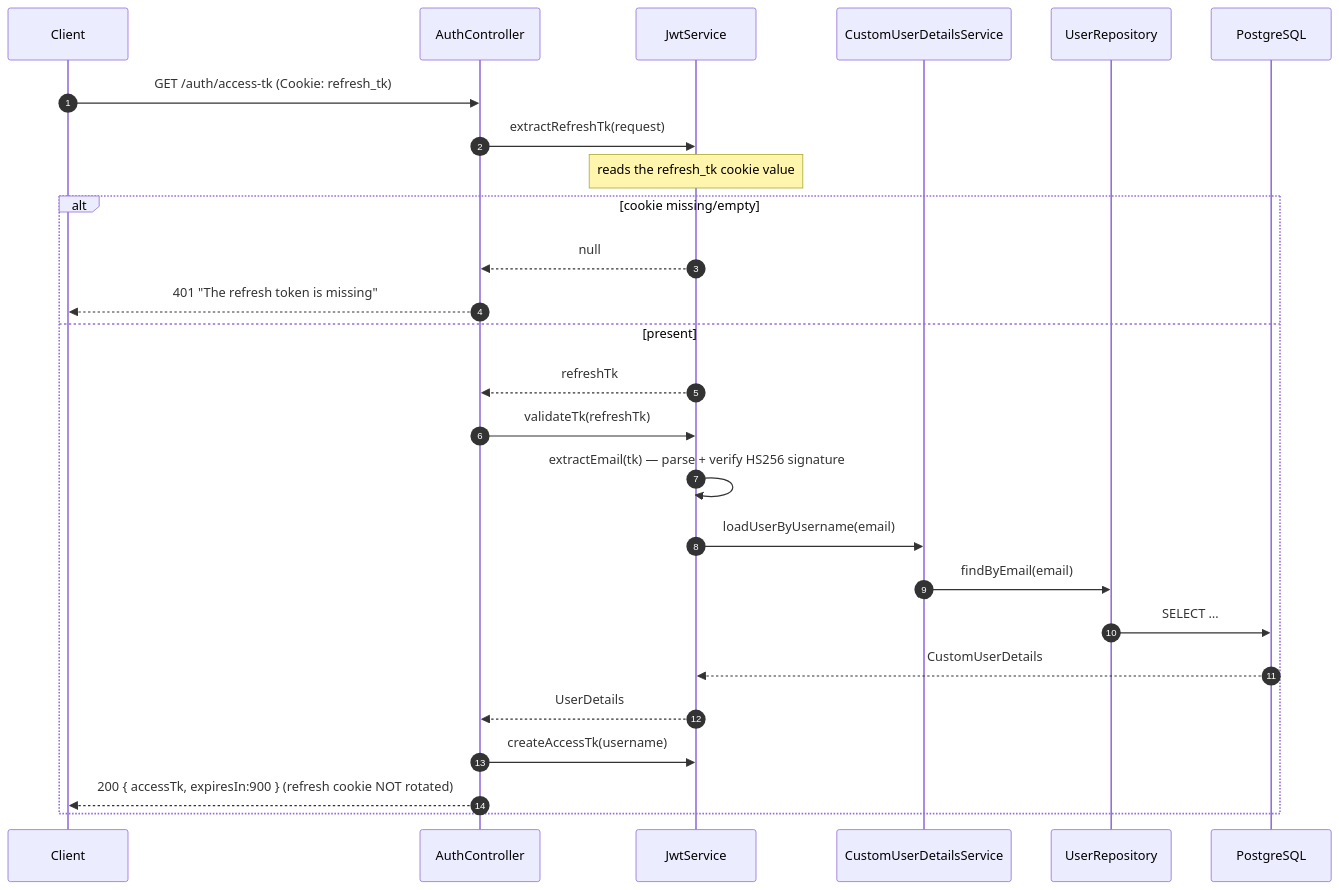
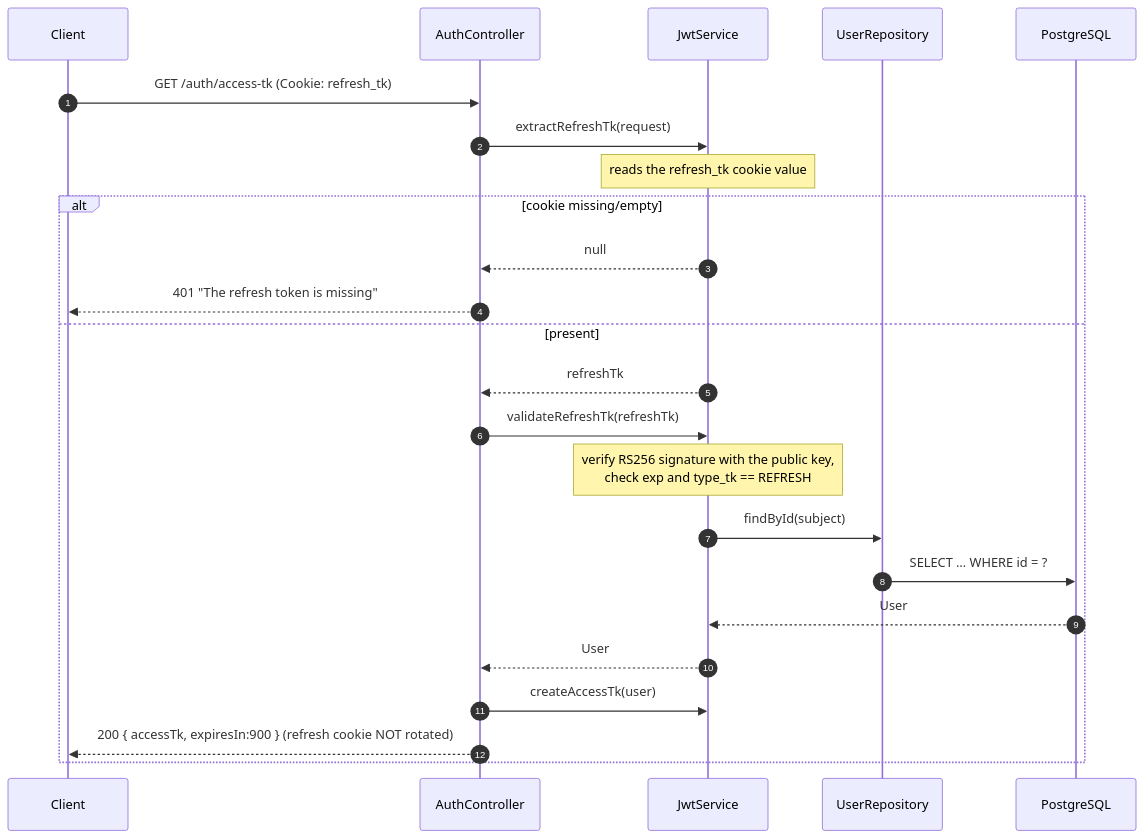
The fifth of 7 diagrams in docs/BACKEND_FLOW.md (Umex10/authkit), drawn with Mermaid before and after one commit. The commit also changed other lines of this file and 4 other files, not shown here.

First line of the commit message:
docs: describe the RS256 resource-server flow and the current tests

````diff
--- a/docs/BACKEND_FLOW.md
+++ b/docs/BACKEND_FLOW.md
@@ -209,29 +232,27 @@
 ```mermaid
 sequenceDiagram
     autonumber
     participant C as Client
     participant AC as AuthController
     participant JS as JwtService
-    participant CUDS as CustomUserDetailsService
     participant UR as UserRepository
     participant DB as PostgreSQL
 
     C->>AC: GET /auth/access-tk (Cookie: refresh_tk)
     AC->>JS: extractRefreshTk(request)
     Note over JS: reads the refresh_tk cookie value
     alt cookie missing/empty
         JS-->>AC: null
         AC-->>C: 401 "The refresh token is missing"
     else present
         JS-->>AC: refreshTk
-        AC->>JS: validateTk(refreshTk)
-        JS->>JS: extractEmail(tk) — parse + verify HS256 signature
-        JS->>CUDS: loadUserByUsername(email)
-        CUDS->>UR: findByEmail(email)
-        UR->>DB: SELECT …
-        DB-->>JS: CustomUserDetails
-        JS-->>AC: UserDetails
-        AC->>JS: createAccessTk(username)
+        AC->>JS: validateRefreshTk(refreshTk)
+        Note over JS: verify RS256 signature with the public key,<br/>check exp and type_tk == REFRESH
+        JS->>UR: findById(subject)
+        UR->>DB: SELECT … WHERE id = ?
+        DB-->>JS: User
+        JS-->>AC: User
+        AC->>JS: createAccessTk(user)
         AC-->>C: 200 { accessTk, expiresIn:900 }  (refresh cookie NOT rotated)
     end
 ```
````
